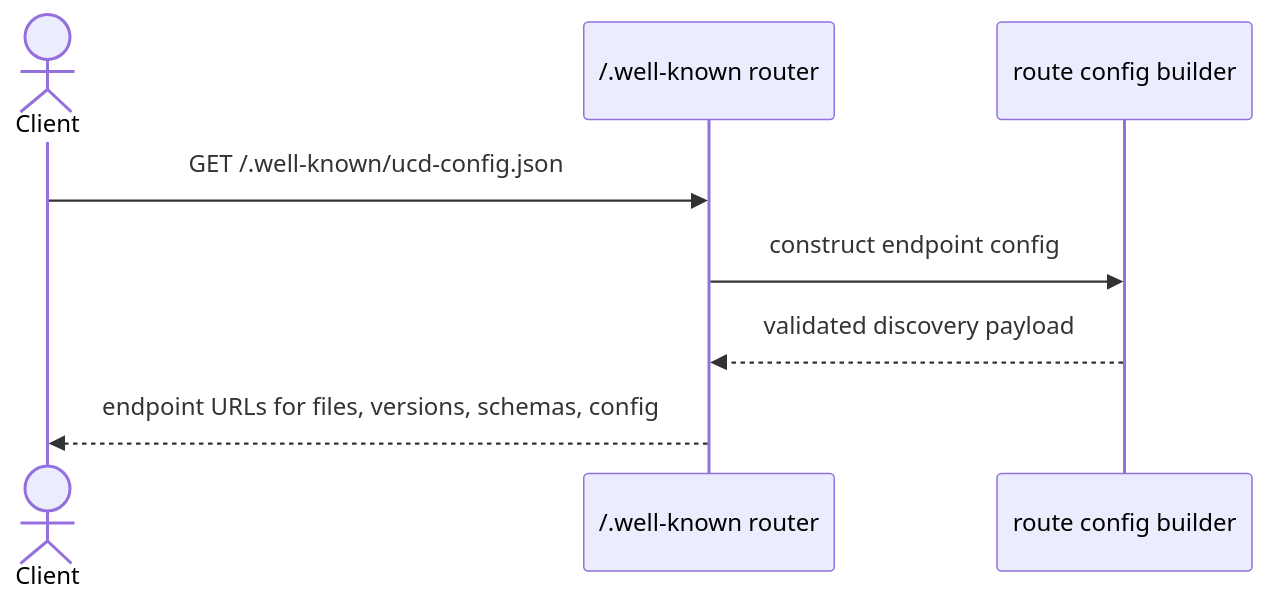
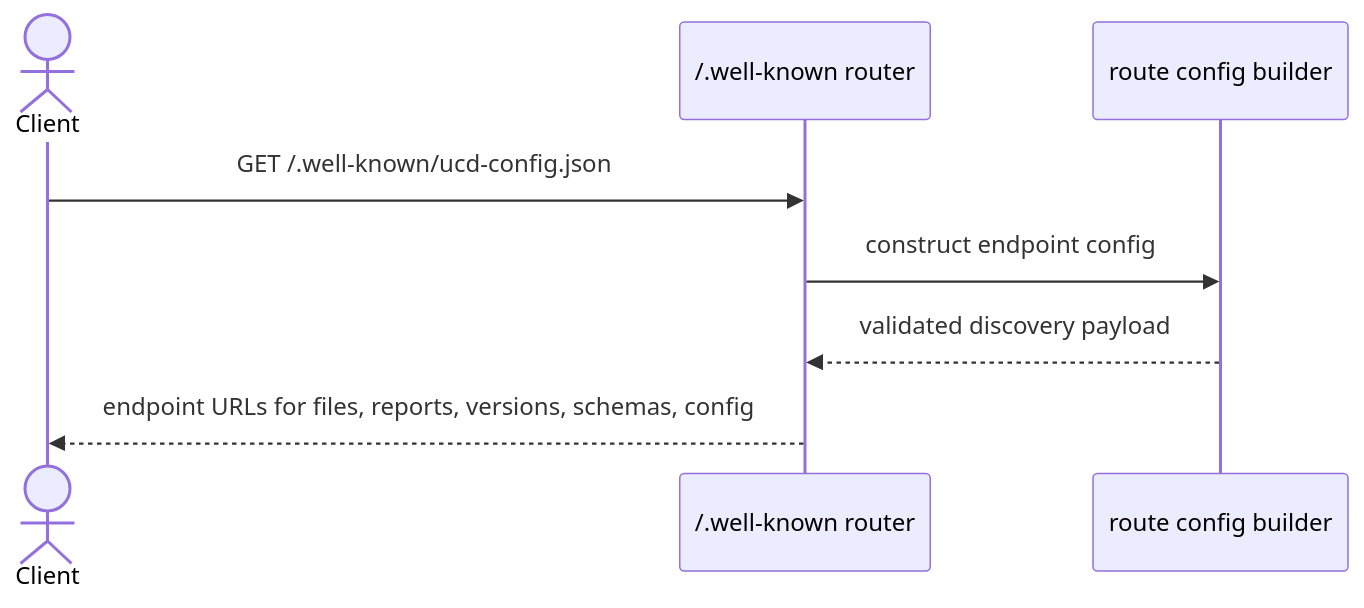
Before and after one commit to ucdjs/ucd: the third of 4 diagrams in apps/docs/content/architecture/apps/api.mdx, drawn with Mermaid. The commit also changed 6 other files, not shown here.

Commit message:
feat(api): publish reports discovery and schemas

````diff
--- a/apps/docs/content/architecture/apps/api.mdx
+++ b/apps/docs/content/architecture/apps/api.mdx
@@ -76,11 +76,11 @@
 ```mermaid
 sequenceDiagram
   actor Client
   participant Config as /.well-known router
   participant Build as route config builder
 
   Client->>Config: GET /.well-known/ucd-config.json
   Config->>Build: construct endpoint config
   Build-->>Config: validated discovery payload
-  Config-->>Client: endpoint URLs for files, versions, schemas, config
+  Config-->>Client: endpoint URLs for files, reports, versions, schemas, config
 ```
````
